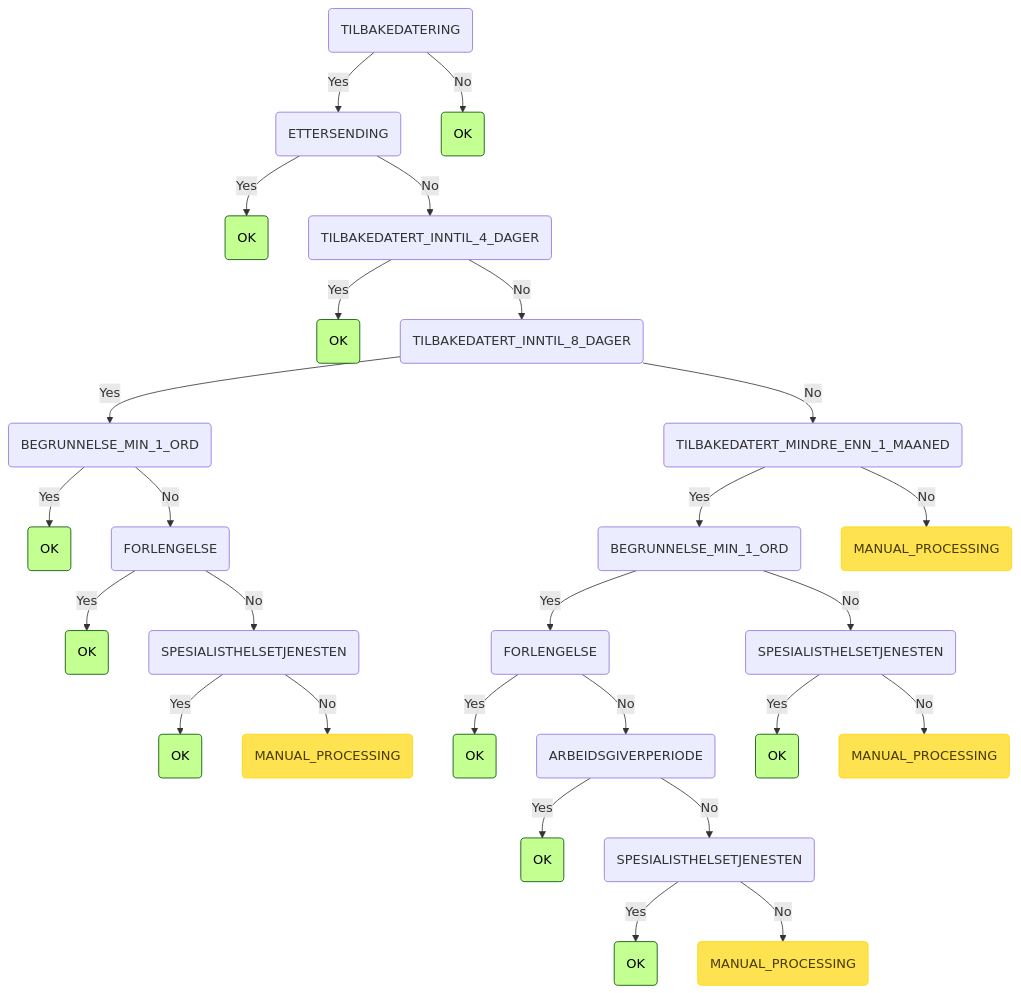
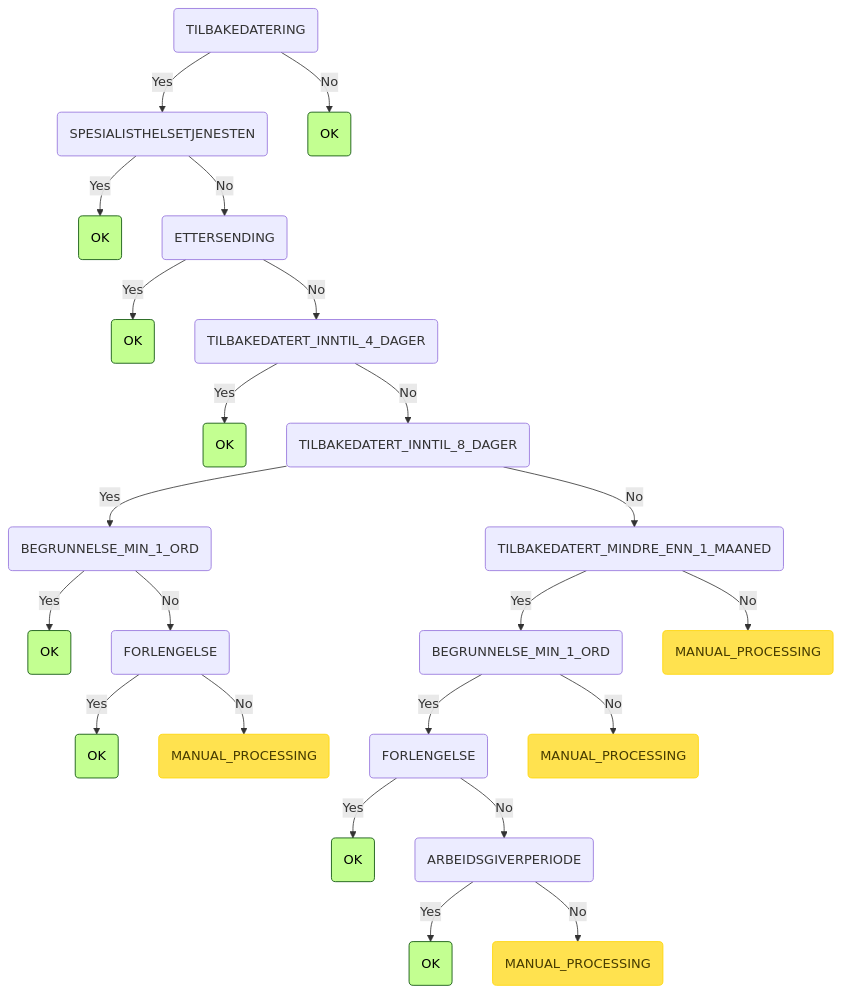
Before and after one commit to navikt/syfosmpapirregler: the eighth of 8 diagrams in README.md, drawn with Mermaid. The commit also changed other lines of this file and 42 other files, not shown here.

````diff
--- a/README.md
+++ b/README.md
@@ -249,32 +233,28 @@
 ```mermaid
 graph TD
-    root(TILBAKEDATERING) -->|Yes| root_TILBAKEDATERING_ETTERSENDING(ETTERSENDING)
-    root_TILBAKEDATERING_ETTERSENDING(ETTERSENDING) -->|Yes| root_TILBAKEDATERING_ETTERSENDING_OK(OK):::ok
-    root_TILBAKEDATERING_ETTERSENDING(ETTERSENDING) -->|No| root_TILBAKEDATERING_ETTERSENDING_TILBAKEDATERT_INNTIL_4_DAGER(TILBAKEDATERT_INNTIL_4_DAGER)
-    root_TILBAKEDATERING_ETTERSENDING_TILBAKEDATERT_INNTIL_4_DAGER(TILBAKEDATERT_INNTIL_4_DAGER) -->|Yes| root_TILBAKEDATERING_ETTERSENDING_TILBAKEDATERT_INNTIL_4_DAGER_OK(OK):::ok
-    root_TILBAKEDATERING_ETTERSENDING_TILBAKEDATERT_INNTIL_4_DAGER(TILBAKEDATERT_INNTIL_4_DAGER) -->|No| root_TILBAKEDATERING_ETTERSENDING_TILBAKEDATERT_INNTIL_4_DAGER_TILBAKEDATERT_INNTIL_8_DAGER(TILBAKEDATERT_INNTIL_8_DAGER)
-    root_TILBAKEDATERING_ETTERSENDING_TILBAKEDATERT_INNTIL_4_DAGER_TILBAKEDATERT_INNTIL_8_DAGER(TILBAKEDATERT_INNTIL_8_DAGER) -->|Yes| root_TILBAKEDATERING_ETTERSENDING_TILBAKEDATERT_INNTIL_4_DAGER_TILBAKEDATERT_INNTIL_8_DAGER_BEGRUNNELSE_MIN_1_ORD(BEGRUNNELSE_MIN_1_ORD)
-    root_TILBAKEDATERING_ETTERSENDING_TILBAKEDATERT_INNTIL_4_DAGER_TILBAKEDATERT_INNTIL_8_DAGER_BEGRUNNELSE_MIN_1_ORD(BEGRUNNELSE_MIN_1_ORD) -->|Yes| root_TILBAKEDATERING_ETTERSENDING_TILBAKEDATERT_INNTIL_4_DAGER_TILBAKEDATERT_INNTIL_8_DAGER_BEGRUNNELSE_MIN_1_ORD_OK(OK):::ok
-    root_TILBAKEDATERING_ETTERSENDING_TILBAKEDATERT_INNTIL_4_DAGER_TILBAKEDATERT_INNTIL_8_DAGER_BEGRUNNELSE_MIN_1_ORD(BEGRUNNELSE_MIN_1_ORD) -->|No| root_TILBAKEDATERING_ETTERSENDING_TILBAKEDATERT_INNTIL_4_DAGER_TILBAKEDATERT_INNTIL_8_DAGER_BEGRUNNELSE_MIN_1_ORD_FORLENGELSE(FORLENGELSE)
-    root_TILBAKEDATERING_ETTERSENDING_TILBAKEDATERT_INNTIL_4_DAGER_TILBAKEDATERT_INNTIL_8_DAGER_BEGRUNNELSE_MIN_1_ORD_FORLENGELSE(FORLENGELSE) -->|Yes| root_TILBAKEDATERING_ETTERSENDING_TILBAKEDATERT_INNTIL_4_DAGER_TILBAKEDATERT_INNTIL_8_DAGER_BEGRUNNELSE_MIN_1_ORD_FORLENGELSE_OK(OK):::ok
-    root_TILBAKEDATERING_ETTERSENDING_TILBAKEDATERT_INNTIL_4_DAGER_TILBAKEDATERT_INNTIL_8_DAGER_BEGRUNNELSE_MIN_1_ORD_FORLENGELSE(FORLENGELSE) -->|No| root_TILBAKEDATERING_ETTERSENDING_TILBAKEDATERT_INNTIL_4_DAGER_TILBAKEDATERT_INNTIL_8_DAGER_BEGRUNNELSE_MIN_1_ORD_FORLENGELSE_SPESIALISTHELSETJENESTEN(SPESIALISTHELSETJENESTEN)
-    root_TILBAKEDATERING_ETTERSENDING_TILBAKEDATERT_INNTIL_4_DAGER_TILBAKEDATERT_INNTIL_8_DAGER_BEGRUNNELSE_MIN_1_ORD_FORLENGELSE_SPESIALISTHELSETJENESTEN(SPESIALISTHELSETJENESTEN) -->|Yes| root_TILBAKEDATERING_ETTERSENDING_TILBAKEDATERT_INNTIL_4_DAGER_TILBAKEDATERT_INNTIL_8_DAGER_BEGRUNNELSE_MIN_1_ORD_FORLENGELSE_SPESIALISTHELSETJENESTEN_OK(OK):::ok
-    root_TILBAKEDATERING_ETTERSENDING_TILBAKEDATERT_INNTIL_4_DAGER_TILBAKEDATERT_INNTIL_8_DAGER_BEGRUNNELSE_MIN_1_ORD_FORLENGELSE_SPESIALISTHELSETJENESTEN(SPESIALISTHELSETJENESTEN) -->|No| root_TILBAKEDATERING_ETTERSENDING_TILBAKEDATERT_INNTIL_4_DAGER_TILBAKEDATERT_INNTIL_8_DAGER_BEGRUNNELSE_MIN_1_ORD_FORLENGELSE_SPESIALISTHELSETJENESTEN_MANUAL_PROCESSING(MANUAL_PROCESSING):::manuell
-    root_TILBAKEDATERING_ETTERSENDING_TILBAKEDATERT_INNTIL_4_DAGER_TILBAKEDATERT_INNTIL_8_DAGER(TILBAKEDATERT_INNTIL_8_DAGER) -->|No| root_TILBAKEDATERING_ETTERSENDING_TILBAKEDATERT_INNTIL_4_DAGER_TILBAKEDATERT_INNTIL_8_DAGER_TILBAKEDATERT_MINDRE_ENN_1_MAANED(TILBAKEDATERT_MINDRE_ENN_1_MAANED)
-    root_TILBAKEDATERING_ETTERSENDING_TILBAKEDATERT_INNTIL_4_DAGER_TILBAKEDATERT_INNTIL_8_DAGER_TILBAKEDATERT_MINDRE_ENN_1_MAANED(TILBAKEDATERT_MINDRE_ENN_1_MAANED) -->|Yes| root_TILBAKEDATERING_ETTERSENDING_TILBAKEDATERT_INNTIL_4_DAGER_TILBAKEDATERT_INNTIL_8_DAGER_TILBAKEDATERT_MINDRE_ENN_1_MAANED_BEGRUNNELSE_MIN_1_ORD(BEGRUNNELSE_MIN_1_ORD)
-    root_TILBAKEDATERING_ETTERSENDING_TILBAKEDATERT_INNTIL_4_DAGER_TILBAKEDATERT_INNTIL_8_DAGER_TILBAKEDATERT_MINDRE_ENN_1_MAANED_BEGRUNNELSE_MIN_1_ORD(BEGRUNNELSE_MIN_1_ORD) -->|Yes| root_TILBAKEDATERING_ETTERSENDING_TILBAKEDATERT_INNTIL_4_DAGER_TILBAKEDATERT_INNTIL_8_DAGER_TILBAKEDATERT_MINDRE_ENN_1_MAANED_BEGRUNNELSE_MIN_1_ORD_FORLENGELSE(FORLENGELSE)
-    root_TILBAKEDATERING_ETTERSENDING_TILBAKEDATERT_INNTIL_4_DAGER_TILBAKEDATERT_INNTIL_8_DAGER_TILBAKEDATERT_MINDRE_ENN_1_MAANED_BEGRUNNELSE_MIN_1_ORD_FORLENGELSE(FORLENGELSE) -->|Yes| root_TILBAKEDATERING_ETTERSENDING_TILBAKEDATERT_INNTIL_4_DAGER_TILBAKEDATERT_INNTIL_8_DAGER_TILBAKEDATERT_MINDRE_ENN_1_MAANED_BEGRUNNELSE_MIN_1_ORD_FORLENGELSE_OK(OK):::ok
-    root_TILBAKEDATERING_ETTERSENDING_TILBAKEDATERT_INNTIL_4_DAGER_TILBAKEDATERT_INNTIL_8_DAGER_TILBAKEDATERT_MINDRE_ENN_1_MAANED_BEGRUNNELSE_MIN_1_ORD_FORLENGELSE(FORLENGELSE) -->|No| root_TILBAKEDATERING_ETTERSENDING_TILBAKEDATERT_INNTIL_4_DAGER_TILBAKEDATERT_INNTIL_8_DAGER_TILBAKEDATERT_MINDRE_ENN_1_MAANED_BEGRUNNELSE_MIN_1_ORD_FORLENGELSE_ARBEIDSGIVERPERIODE(ARBEIDSGIVERPERIODE)
-    root_TILBAKEDATERING_ETTERSENDING_TILBAKEDATERT_INNTIL_4_DAGER_TILBAKEDATERT_INNTIL_8_DAGER_TILBAKEDATERT_MINDRE_ENN_1_MAANED_BEGRUNNELSE_MIN_1_ORD_FORLENGELSE_ARBEIDSGIVERPERIODE(ARBEIDSGIVERPERIODE) -->|Yes| root_TILBAKEDATERING_ETTERSENDING_TILBAKEDATERT_INNTIL_4_DAGER_TILBAKEDATERT_INNTIL_8_DAGER_TILBAKEDATERT_MINDRE_ENN_1_MAANED_BEGRUNNELSE_MIN_1_ORD_FORLENGELSE_ARBEIDSGIVERPERIODE_OK(OK):::ok
-    root_TILBAKEDATERING_ETTERSENDING_TILBAKEDATERT_INNTIL_4_DAGER_TILBAKEDATERT_INNTIL_8_DAGER_TILBAKEDATERT_MINDRE_ENN_1_MAANED_BEGRUNNELSE_MIN_1_ORD_FORLENGELSE_ARBEIDSGIVERPERIODE(ARBEIDSGIVERPERIODE) -->|No| root_TILBAKEDATERING_ETTERSENDING_TILBAKEDATERT_INNTIL_4_DAGER_TILBAKEDATERT_INNTIL_8_DAGER_TILBAKEDATERT_MINDRE_ENN_1_MAANED_BEGRUNNELSE_MIN_1_ORD_FORLENGELSE_ARBEIDSGIVERPERIODE_SPESIALISTHELSETJENESTEN(SPESIALISTHELSETJENESTEN)
-    root_TILBAKEDATERING_ETTERSENDING_TILBAKEDATERT_INNTIL_4_DAGER_TILBAKEDATERT_INNTIL_8_DAGER_TILBAKEDATERT_MINDRE_ENN_1_MAANED_BEGRUNNELSE_MIN_1_ORD_FORLENGELSE_ARBEIDSGIVERPERIODE_SPESIALISTHELSETJENESTEN(SPESIALISTHELSETJENESTEN) -->|Yes| root_TILBAKEDATERING_ETTERSENDING_TILBAKEDATERT_INNTIL_4_DAGER_TILBAKEDATERT_INNTIL_8_DAGER_TILBAKEDATERT_MINDRE_ENN_1_MAANED_BEGRUNNELSE_MIN_1_ORD_FORLENGELSE_ARBEIDSGIVERPERIODE_SPESIALISTHELSETJENESTEN_OK(OK):::ok
-    root_TILBAKEDATERING_ETTERSENDING_TILBAKEDATERT_INNTIL_4_DAGER_TILBAKEDATERT_INNTIL_8_DAGER_TILBAKEDATERT_MINDRE_ENN_1_MAANED_BEGRUNNELSE_MIN_1_ORD_FORLENGELSE_ARBEIDSGIVERPERIODE_SPESIALISTHELSETJENESTEN(SPESIALISTHELSETJENESTEN) -->|No| root_TILBAKEDATERING_ETTERSENDING_TILBAKEDATERT_INNTIL_4_DAGER_TILBAKEDATERT_INNTIL_8_DAGER_TILBAKEDATERT_MINDRE_ENN_1_MAANED_BEGRUNNELSE_MIN_1_ORD_FORLENGELSE_ARBEIDSGIVERPERIODE_SPESIALISTHELSETJENESTEN_MANUAL_PROCESSING(MANUAL_PROCESSING):::manuell
-    root_TILBAKEDATERING_ETTERSENDING_TILBAKEDATERT_INNTIL_4_DAGER_TILBAKEDATERT_INNTIL_8_DAGER_TILBAKEDATERT_MINDRE_ENN_1_MAANED_BEGRUNNELSE_MIN_1_ORD(BEGRUNNELSE_MIN_1_ORD) -->|No| root_TILBAKEDATERING_ETTERSENDING_TILBAKEDATERT_INNTIL_4_DAGER_TILBAKEDATERT_INNTIL_8_DAGER_TILBAKEDATERT_MINDRE_ENN_1_MAANED_BEGRUNNELSE_MIN_1_ORD_SPESIALISTHELSETJENESTEN(SPESIALISTHELSETJENESTEN)
-    root_TILBAKEDATERING_ETTERSENDING_TILBAKEDATERT_INNTIL_4_DAGER_TILBAKEDATERT_INNTIL_8_DAGER_TILBAKEDATERT_MINDRE_ENN_1_MAANED_BEGRUNNELSE_MIN_1_ORD_SPESIALISTHELSETJENESTEN(SPESIALISTHELSETJENESTEN) -->|Yes| root_TILBAKEDATERING_ETTERSENDING_TILBAKEDATERT_INNTIL_4_DAGER_TILBAKEDATERT_INNTIL_8_DAGER_TILBAKEDATERT_MINDRE_ENN_1_MAANED_BEGRUNNELSE_MIN_1_ORD_SPESIALISTHELSETJENESTEN_OK(OK):::ok
-    root_TILBAKEDATERING_ETTERSENDING_TILBAKEDATERT_INNTIL_4_DAGER_TILBAKEDATERT_INNTIL_8_DAGER_TILBAKEDATERT_MINDRE_ENN_1_MAANED_BEGRUNNELSE_MIN_1_ORD_SPESIALISTHELSETJENESTEN(SPESIALISTHELSETJENESTEN) -->|No| root_TILBAKEDATERING_ETTERSENDING_TILBAKEDATERT_INNTIL_4_DAGER_TILBAKEDATERT_INNTIL_8_DAGER_TILBAKEDATERT_MINDRE_ENN_1_MAANED_BEGRUNNELSE_MIN_1_ORD_SPESIALISTHELSETJENESTEN_MANUAL_PROCESSING(MANUAL_PROCESSING):::manuell
-    root_TILBAKEDATERING_ETTERSENDING_TILBAKEDATERT_INNTIL_4_DAGER_TILBAKEDATERT_INNTIL_8_DAGER_TILBAKEDATERT_MINDRE_ENN_1_MAANED(TILBAKEDATERT_MINDRE_ENN_1_MAANED) -->|No| root_TILBAKEDATERING_ETTERSENDING_TILBAKEDATERT_INNTIL_4_DAGER_TILBAKEDATERT_INNTIL_8_DAGER_TILBAKEDATERT_MINDRE_ENN_1_MAANED_MANUAL_PROCESSING(MANUAL_PROCESSING):::manuell
+    root(TILBAKEDATERING) -->|Yes| root_TILBAKEDATERING_SPESIALISTHELSETJENESTEN(SPESIALISTHELSETJENESTEN)
+    root_TILBAKEDATERING_SPESIALISTHELSETJENESTEN(SPESIALISTHELSETJENESTEN) -->|Yes| root_TILBAKEDATERING_SPESIALISTHELSETJENESTEN_OK(OK):::ok
+    root_TILBAKEDATERING_SPESIALISTHELSETJENESTEN(SPESIALISTHELSETJENESTEN) -->|No| root_TILBAKEDATERING_SPESIALISTHELSETJENESTEN_ETTERSENDING(ETTERSENDING)
+    root_TILBAKEDATERING_SPESIALISTHELSETJENESTEN_ETTERSENDING(ETTERSENDING) -->|Yes| root_TILBAKEDATERING_SPESIALISTHELSETJENESTEN_ETTERSENDING_OK(OK):::ok
+    root_TILBAKEDATERING_SPESIALISTHELSETJENESTEN_ETTERSENDING(ETTERSENDING) -->|No| root_TILBAKEDATERING_SPESIALISTHELSETJENESTEN_ETTERSENDING_TILBAKEDATERT_INNTIL_4_DAGER(TILBAKEDATERT_INNTIL_4_DAGER)
+    root_TILBAKEDATERING_SPESIALISTHELSETJENESTEN_ETTERSENDING_TILBAKEDATERT_INNTIL_4_DAGER(TILBAKEDATERT_INNTIL_4_DAGER) -->|Yes| root_TILBAKEDATERING_SPESIALISTHELSETJENESTEN_ETTERSENDING_TILBAKEDATERT_INNTIL_4_DAGER_OK(OK):::ok
+    root_TILBAKEDATERING_SPESIALISTHELSETJENESTEN_ETTERSENDING_TILBAKEDATERT_INNTIL_4_DAGER(TILBAKEDATERT_INNTIL_4_DAGER) -->|No| root_TILBAKEDATERING_SPESIALISTHELSETJENESTEN_ETTERSENDING_TILBAKEDATERT_INNTIL_4_DAGER_TILBAKEDATERT_INNTIL_8_DAGER(TILBAKEDATERT_INNTIL_8_DAGER)
+    root_TILBAKEDATERING_SPESIALISTHELSETJENESTEN_ETTERSENDING_TILBAKEDATERT_INNTIL_4_DAGER_TILBAKEDATERT_INNTIL_8_DAGER(TILBAKEDATERT_INNTIL_8_DAGER) -->|Yes| root_TILBAKEDATERING_SPESIALISTHELSETJENESTEN_ETTERSENDING_TILBAKEDATERT_INNTIL_4_DAGER_TILBAKEDATERT_INNTIL_8_DAGER_BEGRUNNELSE_MIN_1_ORD(BEGRUNNELSE_MIN_1_ORD)
+    root_TILBAKEDATERING_SPESIALISTHELSETJENESTEN_ETTERSENDING_TILBAKEDATERT_INNTIL_4_DAGER_TILBAKEDATERT_INNTIL_8_DAGER_BEGRUNNELSE_MIN_1_ORD(BEGRUNNELSE_MIN_1_ORD) -->|Yes| root_TILBAKEDATERING_SPESIALISTHELSETJENESTEN_ETTERSENDING_TILBAKEDATERT_INNTIL_4_DAGER_TILBAKEDATERT_INNTIL_8_DAGER_BEGRUNNELSE_MIN_1_ORD_OK(OK):::ok
+    root_TILBAKEDATERING_SPESIALISTHELSETJENESTEN_ETTERSENDING_TILBAKEDATERT_INNTIL_4_DAGER_TILBAKEDATERT_INNTIL_8_DAGER_BEGRUNNELSE_MIN_1_ORD(BEGRUNNELSE_MIN_1_ORD) -->|No| root_TILBAKEDATERING_SPESIALISTHELSETJENESTEN_ETTERSENDING_TILBAKEDATERT_INNTIL_4_DAGER_TILBAKEDATERT_INNTIL_8_DAGER_BEGRUNNELSE_MIN_1_ORD_FORLENGELSE(FORLENGELSE)
+    root_TILBAKEDATERING_SPESIALISTHELSETJENESTEN_ETTERSENDING_TILBAKEDATERT_INNTIL_4_DAGER_TILBAKEDATERT_INNTIL_8_DAGER_BEGRUNNELSE_MIN_1_ORD_FORLENGELSE(FORLENGELSE) -->|Yes| root_TILBAKEDATERING_SPESIALISTHELSETJENESTEN_ETTERSENDING_TILBAKEDATERT_INNTIL_4_DAGER_TILBAKEDATERT_INNTIL_8_DAGER_BEGRUNNELSE_MIN_1_ORD_FORLENGELSE_OK(OK):::ok
+    root_TILBAKEDATERING_SPESIALISTHELSETJENESTEN_ETTERSENDING_TILBAKEDATERT_INNTIL_4_DAGER_TILBAKEDATERT_INNTIL_8_DAGER_BEGRUNNELSE_MIN_1_ORD_FORLENGELSE(FORLENGELSE) -->|No| root_TILBAKEDATERING_SPESIALISTHELSETJENESTEN_ETTERSENDING_TILBAKEDATERT_INNTIL_4_DAGER_TILBAKEDATERT_INNTIL_8_DAGER_BEGRUNNELSE_MIN_1_ORD_FORLENGELSE_MANUAL_PROCESSING(MANUAL_PROCESSING):::manuell
+    root_TILBAKEDATERING_SPESIALISTHELSETJENESTEN_ETTERSENDING_TILBAKEDATERT_INNTIL_4_DAGER_TILBAKEDATERT_INNTIL_8_DAGER(TILBAKEDATERT_INNTIL_8_DAGER) -->|No| root_TILBAKEDATERING_SPESIALISTHELSETJENESTEN_ETTERSENDING_TILBAKEDATERT_INNTIL_4_DAGER_TILBAKEDATERT_INNTIL_8_DAGER_TILBAKEDATERT_MINDRE_ENN_1_MAANED(TILBAKEDATERT_MINDRE_ENN_1_MAANED)
+    root_TILBAKEDATERING_SPESIALISTHELSETJENESTEN_ETTERSENDING_TILBAKEDATERT_INNTIL_4_DAGER_TILBAKEDATERT_INNTIL_8_DAGER_TILBAKEDATERT_MINDRE_ENN_1_MAANED(TILBAKEDATERT_MINDRE_ENN_1_MAANED) -->|Yes| root_TILBAKEDATERING_SPESIALISTHELSETJENESTEN_ETTERSENDING_TILBAKEDATERT_INNTIL_4_DAGER_TILBAKEDATERT_INNTIL_8_DAGER_TILBAKEDATERT_MINDRE_ENN_1_MAANED_BEGRUNNELSE_MIN_1_ORD(BEGRUNNELSE_MIN_1_ORD)
+    root_TILBAKEDATERING_SPESIALISTHELSETJENESTEN_ETTERSENDING_TILBAKEDATERT_INNTIL_4_DAGER_TILBAKEDATERT_INNTIL_8_DAGER_TILBAKEDATERT_MINDRE_ENN_1_MAANED_BEGRUNNELSE_MIN_1_ORD(BEGRUNNELSE_MIN_1_ORD) -->|Yes| root_TILBAKEDATERING_SPESIALISTHELSETJENESTEN_ETTERSENDING_TILBAKEDATERT_INNTIL_4_DAGER_TILBAKEDATERT_INNTIL_8_DAGER_TILBAKEDATERT_MINDRE_ENN_1_MAANED_BEGRUNNELSE_MIN_1_ORD_FORLENGELSE(FORLENGELSE)
+    root_TILBAKEDATERING_SPESIALISTHELSETJENESTEN_ETTERSENDING_TILBAKEDATERT_INNTIL_4_DAGER_TILBAKEDATERT_INNTIL_8_DAGER_TILBAKEDATERT_MINDRE_ENN_1_MAANED_BEGRUNNELSE_MIN_1_ORD_FORLENGELSE(FORLENGELSE) -->|Yes| root_TILBAKEDATERING_SPESIALISTHELSETJENESTEN_ETTERSENDING_TILBAKEDATERT_INNTIL_4_DAGER_TILBAKEDATERT_INNTIL_8_DAGER_TILBAKEDATERT_MINDRE_ENN_1_MAANED_BEGRUNNELSE_MIN_1_ORD_FORLENGELSE_OK(OK):::ok
+    root_TILBAKEDATERING_SPESIALISTHELSETJENESTEN_ETTERSENDING_TILBAKEDATERT_INNTIL_4_DAGER_TILBAKEDATERT_INNTIL_8_DAGER_TILBAKEDATERT_MINDRE_ENN_1_MAANED_BEGRUNNELSE_MIN_1_ORD_FORLENGELSE(FORLENGELSE) -->|No| root_TILBAKEDATERING_SPESIALISTHELSETJENESTEN_ETTERSENDING_TILBAKEDATERT_INNTIL_4_DAGER_TILBAKEDATERT_INNTIL_8_DAGER_TILBAKEDATERT_MINDRE_ENN_1_MAANED_BEGRUNNELSE_MIN_1_ORD_FORLENGELSE_ARBEIDSGIVERPERIODE(ARBEIDSGIVERPERIODE)
+    root_TILBAKEDATERING_SPESIALISTHELSETJENESTEN_ETTERSENDING_TILBAKEDATERT_INNTIL_4_DAGER_TILBAKEDATERT_INNTIL_8_DAGER_TILBAKEDATERT_MINDRE_ENN_1_MAANED_BEGRUNNELSE_MIN_1_ORD_FORLENGELSE_ARBEIDSGIVERPERIODE(ARBEIDSGIVERPERIODE) -->|Yes| root_TILBAKEDATERING_SPESIALISTHELSETJENESTEN_ETTERSENDING_TILBAKEDATERT_INNTIL_4_DAGER_TILBAKEDATERT_INNTIL_8_DAGER_TILBAKEDATERT_MINDRE_ENN_1_MAANED_BEGRUNNELSE_MIN_1_ORD_FORLENGELSE_ARBEIDSGIVERPERIODE_OK(OK):::ok
+    root_TILBAKEDATERING_SPESIALISTHELSETJENESTEN_ETTERSENDING_TILBAKEDATERT_INNTIL_4_DAGER_TILBAKEDATERT_INNTIL_8_DAGER_TILBAKEDATERT_MINDRE_ENN_1_MAANED_BEGRUNNELSE_MIN_1_ORD_FORLENGELSE_ARBEIDSGIVERPERIODE(ARBEIDSGIVERPERIODE) -->|No| root_TILBAKEDATERING_SPESIALISTHELSETJENESTEN_ETTERSENDING_TILBAKEDATERT_INNTIL_4_DAGER_TILBAKEDATERT_INNTIL_8_DAGER_TILBAKEDATERT_MINDRE_ENN_1_MAANED_BEGRUNNELSE_MIN_1_ORD_FORLENGELSE_ARBEIDSGIVERPERIODE_MANUAL_PROCESSING(MANUAL_PROCESSING):::manuell
+    root_TILBAKEDATERING_SPESIALISTHELSETJENESTEN_ETTERSENDING_TILBAKEDATERT_INNTIL_4_DAGER_TILBAKEDATERT_INNTIL_8_DAGER_TILBAKEDATERT_MINDRE_ENN_1_MAANED_BEGRUNNELSE_MIN_1_ORD(BEGRUNNELSE_MIN_1_ORD) -->|No| root_TILBAKEDATERING_SPESIALISTHELSETJENESTEN_ETTERSENDING_TILBAKEDATERT_INNTIL_4_DAGER_TILBAKEDATERT_INNTIL_8_DAGER_TILBAKEDATERT_MINDRE_ENN_1_MAANED_BEGRUNNELSE_MIN_1_ORD_MANUAL_PROCESSING(MANUAL_PROCESSING):::manuell
+    root_TILBAKEDATERING_SPESIALISTHELSETJENESTEN_ETTERSENDING_TILBAKEDATERT_INNTIL_4_DAGER_TILBAKEDATERT_INNTIL_8_DAGER_TILBAKEDATERT_MINDRE_ENN_1_MAANED(TILBAKEDATERT_MINDRE_ENN_1_MAANED) -->|No| root_TILBAKEDATERING_SPESIALISTHELSETJENESTEN_ETTERSENDING_TILBAKEDATERT_INNTIL_4_DAGER_TILBAKEDATERT_INNTIL_8_DAGER_TILBAKEDATERT_MINDRE_ENN_1_MAANED_MANUAL_PROCESSING(MANUAL_PROCESSING):::manuell
     root(TILBAKEDATERING) -->|No| root_TILBAKEDATERING_OK(OK):::ok
     classDef ok fill:#c3ff91,stroke:#004a00,color: black;
     classDef invalid fill:#ff7373,stroke:#ff0000,color: black;
     classDef manuell fill:#ffe24f,stroke:#ffd500,color: #473c00;
 ```
````
